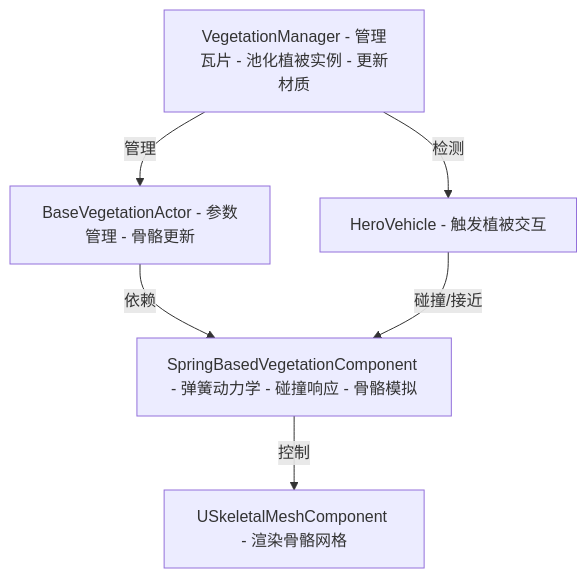
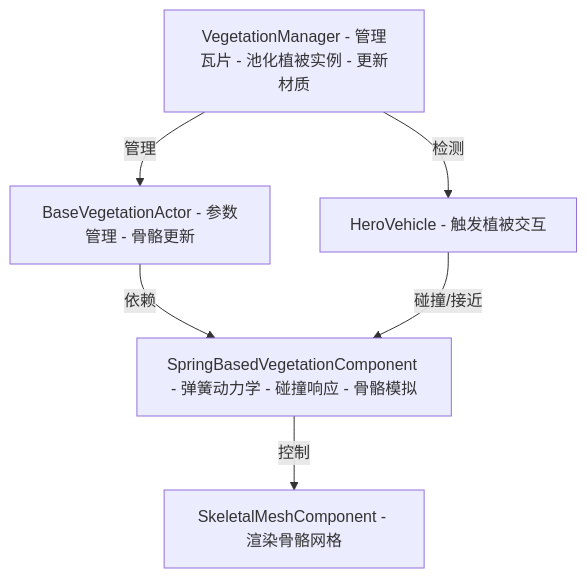
Before and after one commit to zmmmm416/carla_doc: the diagram in docs/modules/Vegetation.md, drawn with Mermaid.

````diff
--- a/docs/modules/Vegetation.md
+++ b/docs/modules/Vegetation.md
@@ -37,14 +37,14 @@
 ```mermaid
 flowchart TD
     VegetationManager["VegetationManager - 管理瓦片 - 池化植被实例 - 更新材质"]
     BaseVegetationActor["BaseVegetationActor - 参数管理 - 骨骼更新"]
     SpringComponent["SpringBasedVegetationComponent - 弹簧动力学 - 碰撞响应 - 骨骼模拟"]
-    SkeletalMesh["USkeletalMeshComponent - 渲染骨骼网格"]
+    SkeletalMesh["SkeletalMeshComponent - 渲染骨骼网格"]
     HeroVehicle["HeroVehicle - 触发植被交互"]
 
     VegetationManager -->|管理| BaseVegetationActor
     BaseVegetationActor -->|依赖| SpringComponent
     SpringComponent -->|控制| SkeletalMesh
     HeroVehicle -->|碰撞/接近| SpringComponent
     VegetationManager -->|检测| HeroVehicle
 ```
````
